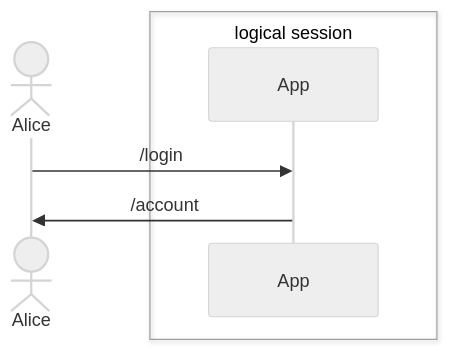
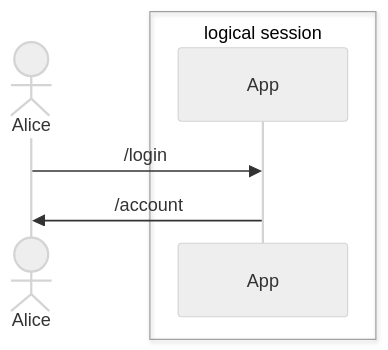
The second of 4 diagrams in astro/src/content/docs/bff/index.mdx (DuendeSoftware/docs.duendesoftware.com), drawn with Mermaid before and after one commit. The commit also changed other lines of this file and 5 other files, not shown here.

Commit message:
Improve Mermaid diagrams in BFF docs for better readability, update theme settings, and refine dark mode CSS styles for clarity and consistency.

````diff
--- a/astro/src/content/docs/bff/index.mdx
+++ b/astro/src/content/docs/bff/index.mdx
@@ -183,10 +183,10 @@
 ```mermaid
 %%{ init: { 'theme': 'neutral' } }%%
 sequenceDiagram
     actor Alice
-    Alice->>App: /login
-    App->>Alice: /account
     box logical session
         participant App
     end
+    Alice->>App: /login
+    App->>Alice: /account
 ```
````
